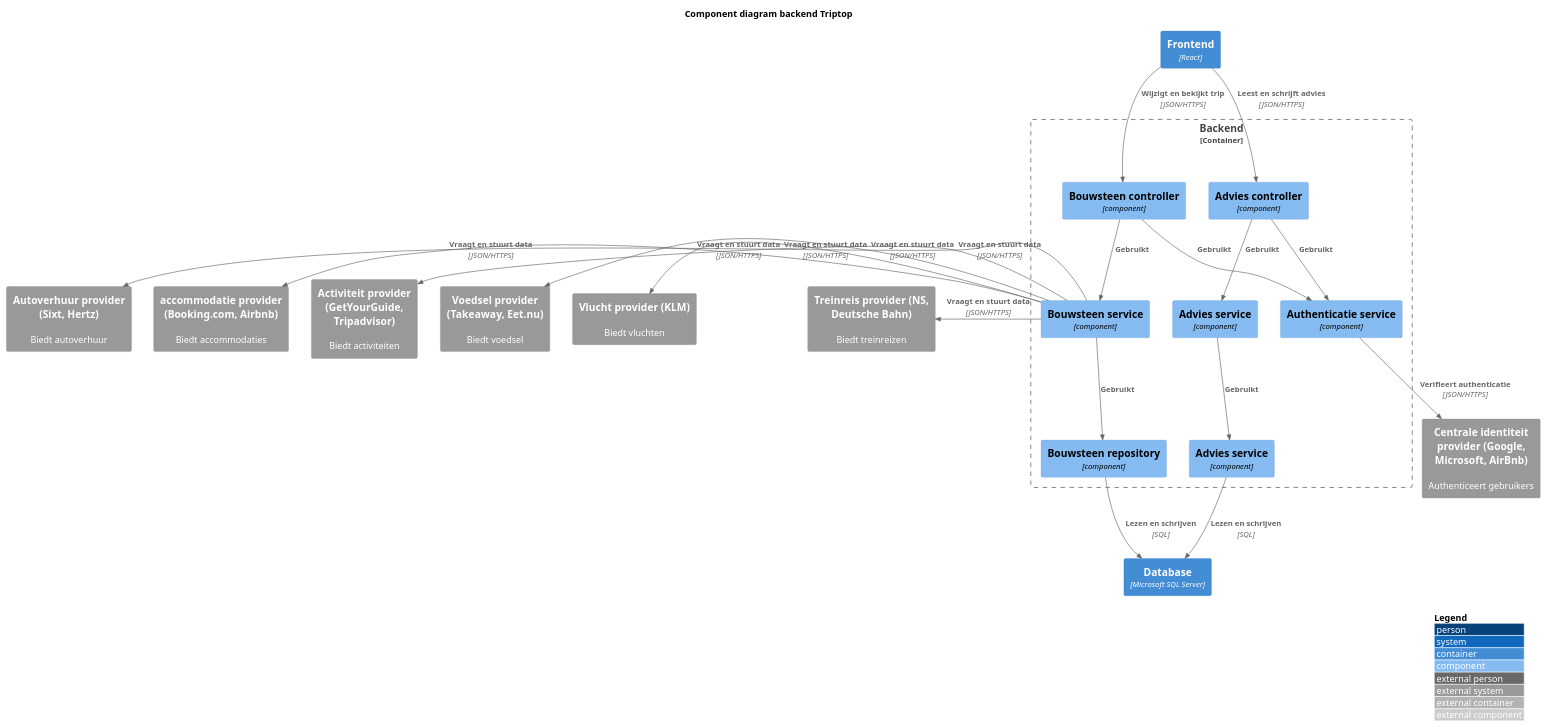
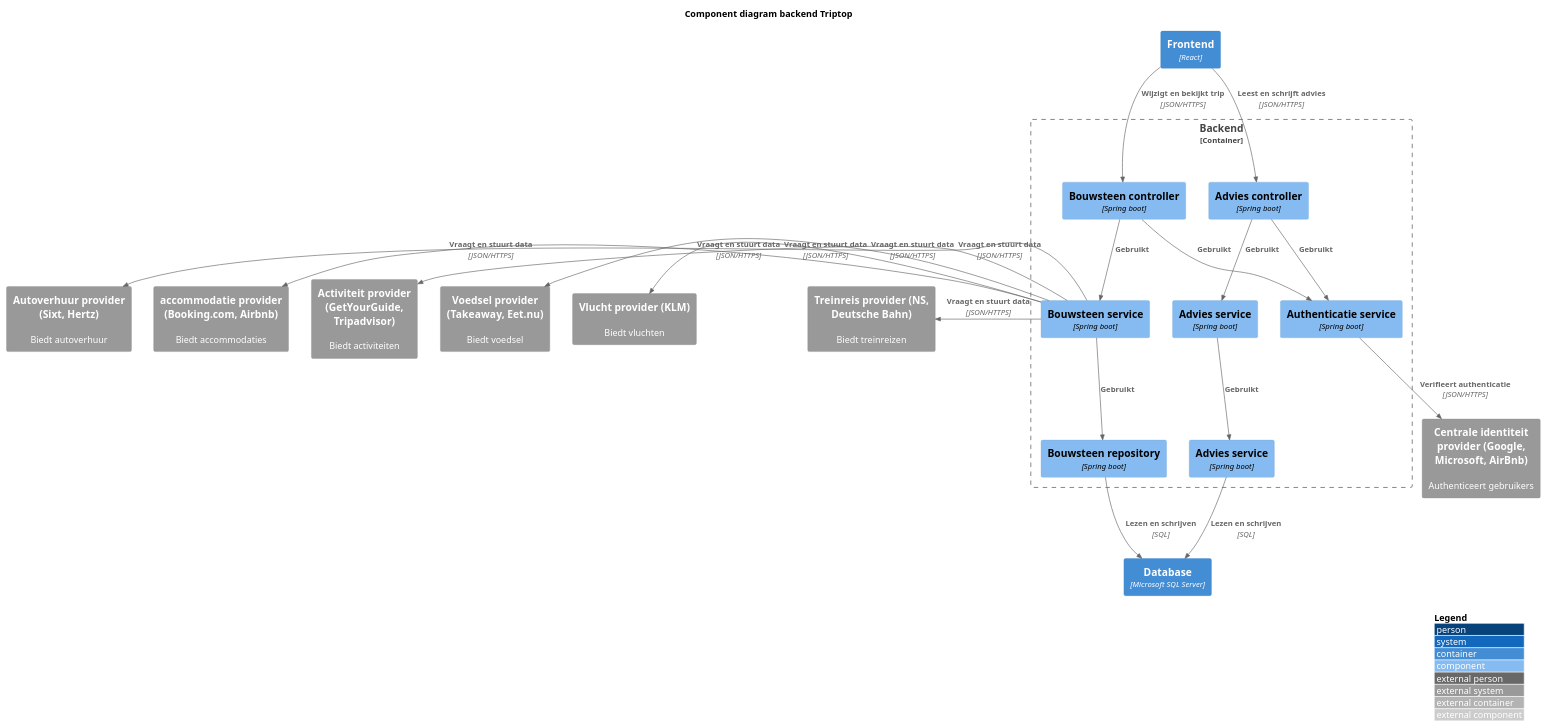
One commit to AIM-ENE-feb25/triptop-groep-tweeeeeeeeeeeeeeeeeeeeee changed the diagram in c4 component diagram backend.puml. Above: the diagram before and after it, drawn with PlantUML. The commit also changed 8 other files, not shown here.

```diff
--- a/c4 component diagram backend.puml
+++ b/c4 component diagram backend.puml
@@ -1,52 +1,52 @@
 @startuml
 !include https://raw.githubusercontent.com/plantuml-stdlib/C4-PlantUML/master/C4_Component.puml
 
 title Component diagram backend Triptop
 
 Container_Boundary(backend, "Backend") {
-    Component(bouwsteenController, "Bouwsteen controller", "component")
-    Component(bouwsteenService, "Bouwsteen service", "component")
-    Component(bouwsteenRepository, "Bouwsteen repository", "component")
+    Component(bouwsteenController, "Bouwsteen controller", "Spring boot")
+    Component(bouwsteenService, "Bouwsteen service", "Spring boot")
+    Component(bouwsteenRepository, "Bouwsteen repository", "Spring boot")
 
-    Component(authService, "Authenticatie service", "component")
+    Component(authService, "Authenticatie service", "Spring boot")
 
-    Component(adviesController, "Advies controller", "component")
-    Component(adviesService, "Advies service", "component")
-    Component(adviesRepository, "Advies service", "component")
+    Component(adviesController, "Advies controller", "Spring boot")
+    Component(adviesService, "Advies service", "Spring boot")
+    Component(adviesRepository, "Advies service", "Spring boot")
 }
 
 Rel_D(bouwsteenController, bouwsteenService, "Gebruikt")
 Rel_D(bouwsteenService, bouwsteenRepository, "Gebruikt")
 Rel_D(bouwsteenController, authService, "Gebruikt")
 Rel_D(adviesController, authService, "Gebruikt")
 Rel_D(adviesController, adviesService, "Gebruikt")
 Rel_D(adviesService, adviesRepository, "Gebruikt")
 
 Container(frontend, "Frontend", "React")
 Container(database, "Database", "Microsoft SQL Server")
 
 System_Ext(centraleIdentiteitProvider, "Centrale identiteit provider (Google, Microsoft, AirBnb)", "Authenticeert gebruikers")
 System_Ext(treinProvider, "Treinreis provider (NS, Deutsche Bahn)", "Biedt treinreizen")
 System_Ext(vluchtProvider, "Vlucht provider (KLM)", "Biedt vluchten")
 System_Ext(voedselProvider, "Voedsel provider (Takeaway, Eet.nu)", Biedt voedsel)
 System_Ext(activiteitProvider, "Activiteit provider (GetYourGuide, Tripadvisor)", "Biedt activiteiten")
 System_Ext(accommodatieProvider, "accommodatie provider (Booking.com, Airbnb)", "Biedt accommodaties")
 System_Ext(autoverhuurProvider, "Autoverhuur provider (Sixt, Hertz)", "Biedt autoverhuur")
 
 Rel_D(frontend, bouwsteenController, "Wijzigt en bekijkt trip", "JSON/HTTPS")
 Rel_D(frontend, adviesController, "Leest en schrijft advies", "JSON/HTTPS")
 
 Rel_D(authService, centraleIdentiteitProvider, "Verifieert authenticatie", "JSON/HTTPS")
 Rel_D(bouwsteenRepository, database, "Lezen en schrijven", "SQL")
 Rel_D(adviesRepository, database, "Lezen en schrijven", "SQL")
 
 Rel_L(bouwsteenService, treinProvider, "Vraagt en stuurt data", "JSON/HTTPS")
 Rel_L(bouwsteenService, vluchtProvider, "Vraagt en stuurt data", "JSON/HTTPS")
 Rel_L(bouwsteenService, voedselProvider, "Vraagt en stuurt data", "JSON/HTTPS")
 Rel_L(bouwsteenService, activiteitProvider, "Vraagt en stuurt data", "JSON/HTTPS")
 Rel_L(bouwsteenService, accommodatieProvider, "Vraagt en stuurt data", "JSON/HTTPS")
 Rel_L(bouwsteenService, autoverhuurProvider, "Vraagt en stuurt data", "JSON/HTTPS")
 
 LAYOUT_WITH_LEGEND()
 
 @enduml
```
